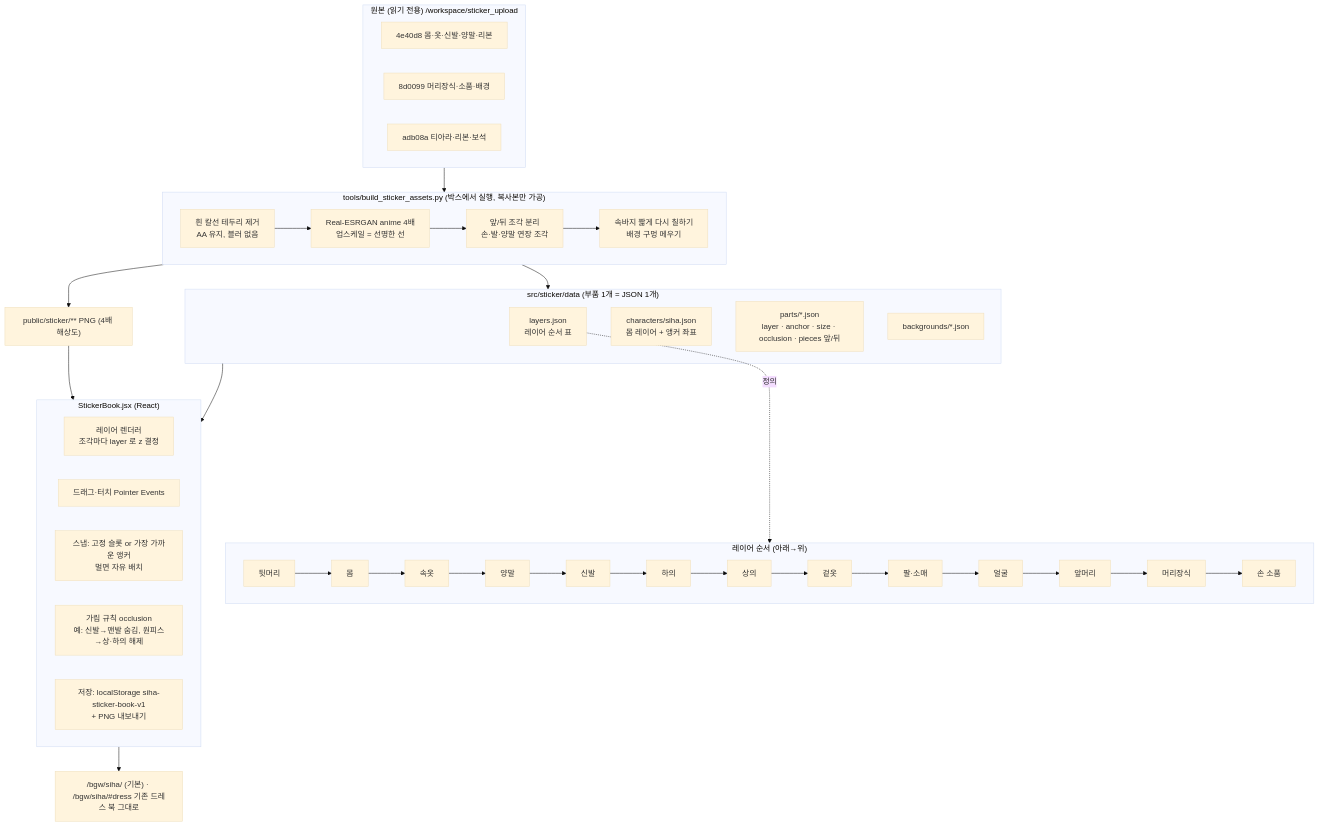
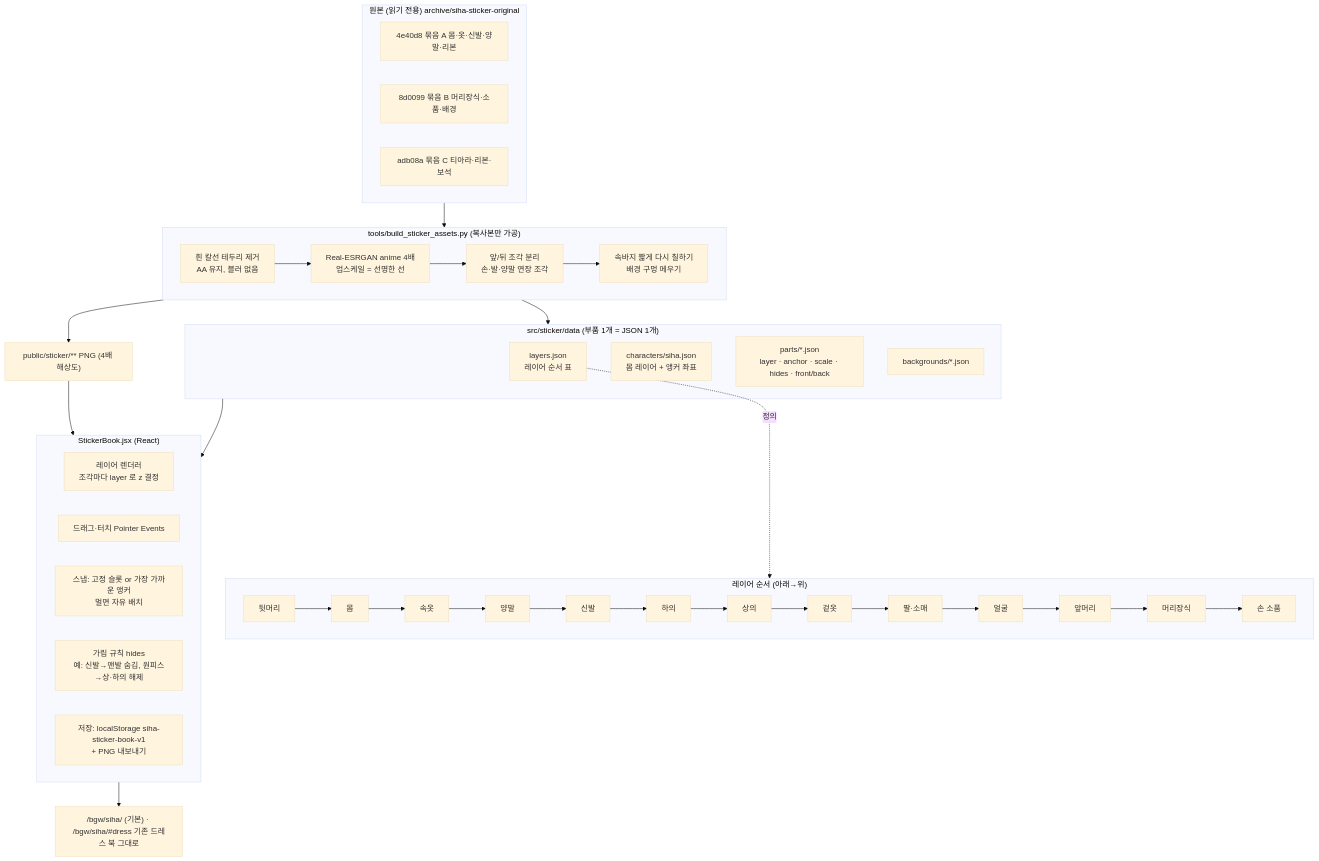
One commit to dmlwjd85/siha-sticker-book changed the diagram in tools/sticker_fit/structure.mmd. Above: the diagram before and after it, drawn with Mermaid (base theme). The commit also changed 170 other files, not shown here.

```diff
--- a/tools/sticker_fit/structure.mmd
+++ b/tools/sticker_fit/structure.mmd
@@ -1,35 +1,35 @@
 flowchart TD
-  subgraph SRC["원본 (읽기 전용) /workspace/sticker_upload"]
-    O1[4e40d8 몸·옷·신발·양말·리본]
-    O2[8d0099 머리장식·소품·배경]
-    O3[adb08a 티아라·리본·보석]
+  subgraph SRC["원본 (읽기 전용) archive/siha-sticker-original"]
+    O1[4e40d8 묶음 A 몸·옷·신발·양말·리본]
+    O2[8d0099 묶음 B 머리장식·소품·배경]
+    O3[adb08a 묶음 C 티아라·리본·보석]
   end
-  subgraph PIPE["tools/build_sticker_assets.py (박스에서 실행, 복사본만 가공)"]
+  subgraph PIPE["tools/build_sticker_assets.py (복사본만 가공)"]
     P1[흰 칼선 테두리 제거<br/>AA 유지, 블러 없음] --> P2[Real-ESRGAN anime 4배<br/>업스케일 = 선명한 선]
     P2 --> P3[앞/뒤 조각 분리<br/>손·발·양말 연장 조각]
     P3 --> P4[속바지 짧게 다시 칠하기<br/>배경 구멍 메우기]
   end
   SRC --> PIPE
   PIPE --> ASSET["public/sticker/** PNG (4배 해상도)"]
   PIPE --> DATA
   subgraph DATA["src/sticker/data (부품 1개 = JSON 1개)"]
     L[layers.json<br/>레이어 순서 표]
     C[characters/siha.json<br/>몸 레이어 + 앵커 좌표]
-    PT[parts/*.json<br/>layer · anchor · size · occlusion · pieces 앞/뒤]
+    PT[parts/*.json<br/>layer · anchor · scale · hides · front/back]
     BG[backgrounds/*.json]
   end
   subgraph LAYERS["레이어 순서 (아래→위)"]
     direction LR
     Z1[뒷머리] --> Z2[몸] --> Z3[속옷] --> Z4[양말] --> Z5[신발] --> Z6[하의] --> Z7[상의] --> Z8[겉옷] --> Z9[팔·소매] --> Z10[얼굴] --> Z11[앞머리] --> Z12[머리장식] --> Z13[손 소품]
   end
   L -.정의.-> LAYERS
   subgraph APP["StickerBook.jsx (React)"]
-    R1[레이어 렌더러<br/>조각마다 layer 로 z 결정] 
+    R1[레이어 렌더러<br/>조각마다 layer 로 z 결정]
     R2[드래그·터치 Pointer Events]
     R3[스냅: 고정 슬롯 or 가장 가까운 앵커<br/>멀면 자유 배치]
-    R4[가림 규칙 occlusion<br/>예: 신발→맨발 숨김, 원피스→상·하의 해제]
+    R4[가림 규칙 hides<br/>예: 신발→맨발 숨김, 원피스→상·하의 해제]
     R5[저장: localStorage siha-sticker-book-v1<br/>+ PNG 내보내기]
   end
   DATA --> APP
   ASSET --> APP
   APP --> OUT["/bgw/siha/ (기본) · /bgw/siha/#dress 기존 드레스 북 그대로"]
```
